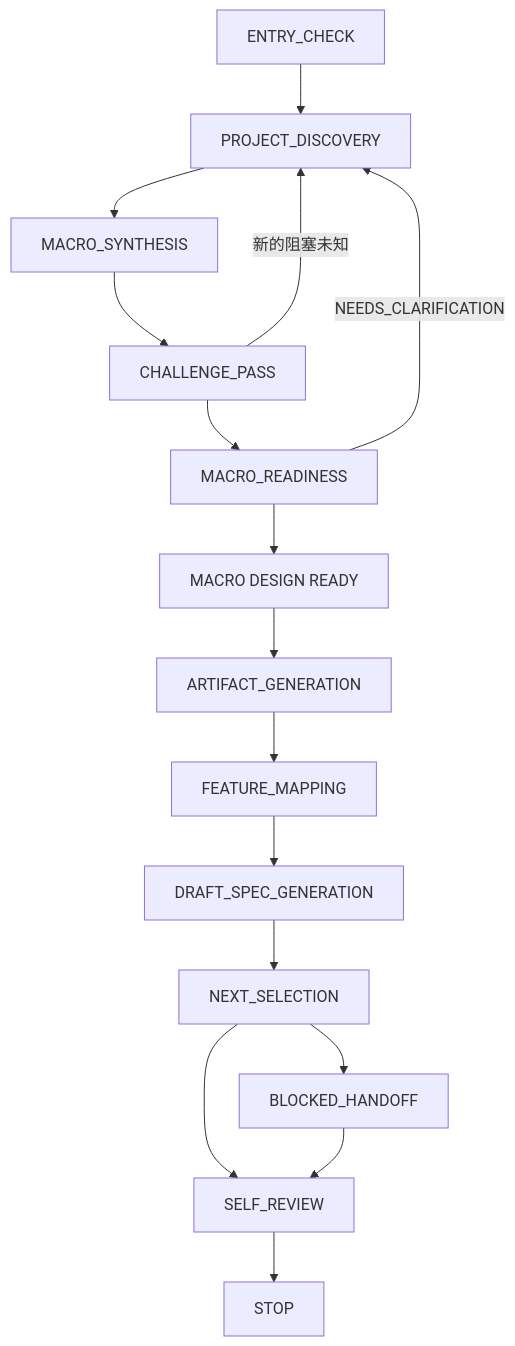
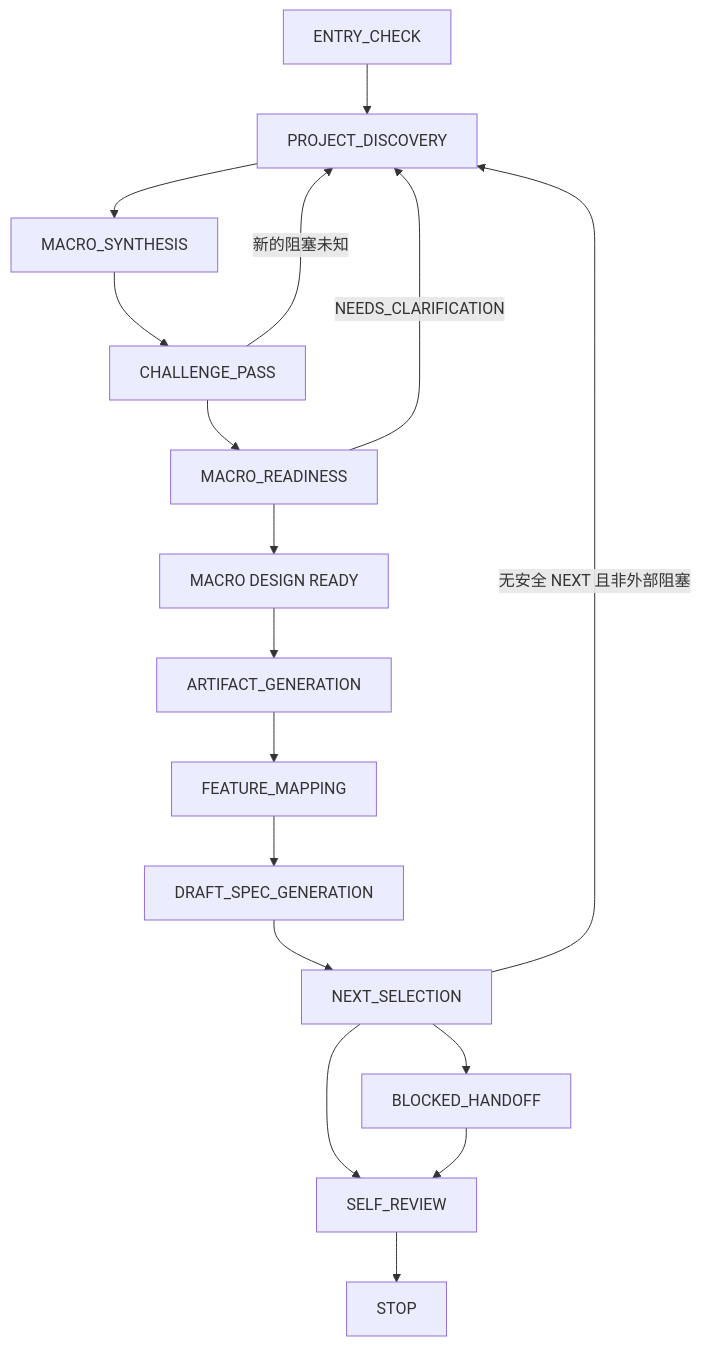
One commit to MaoyuanYang/foundry changed the diagram in docs/zh/coding-start/index.md. Above: the diagram before and after it, drawn with Mermaid. The commit also changed 32 other files, not shown here.

````diff
--- a/docs/zh/coding-start/index.md
+++ b/docs/zh/coding-start/index.md
@@ -19,18 +19,19 @@
 ```mermaid
 flowchart TD
   ENTRY[ENTRY_CHECK] --> DISC[PROJECT_DISCOVERY]
   DISC --> SYN[MACRO_SYNTHESIS]
   SYN --> CHAL[CHALLENGE_PASS]
   CHAL -->|新的阻塞未知| DISC
   CHAL --> READY[MACRO_READINESS]
   READY -->|NEEDS_CLARIFICATION| DISC
   READY --> GATE[MACRO DESIGN READY]
   GATE --> ART[ARTIFACT_GENERATION]
   ART --> MAP[FEATURE_MAPPING]
   MAP --> DRAFT[DRAFT_SPEC_GENERATION]
   DRAFT --> NEXT[NEXT_SELECTION]
+  NEXT -->|无安全 NEXT 且非外部阻塞| DISC
   NEXT --> BLOCK[BLOCKED_HANDOFF]
   NEXT --> REV[SELF_REVIEW]
   BLOCK --> REV
   REV --> STOP[STOP]
 ```
````
